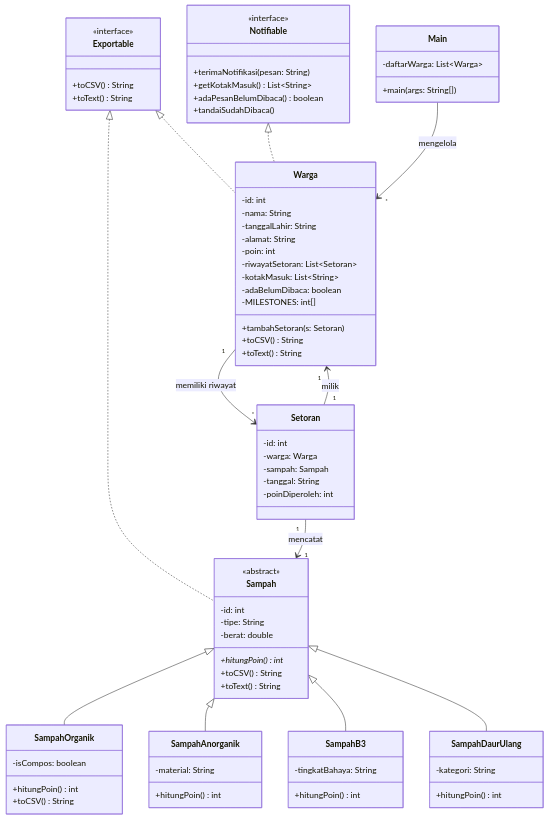
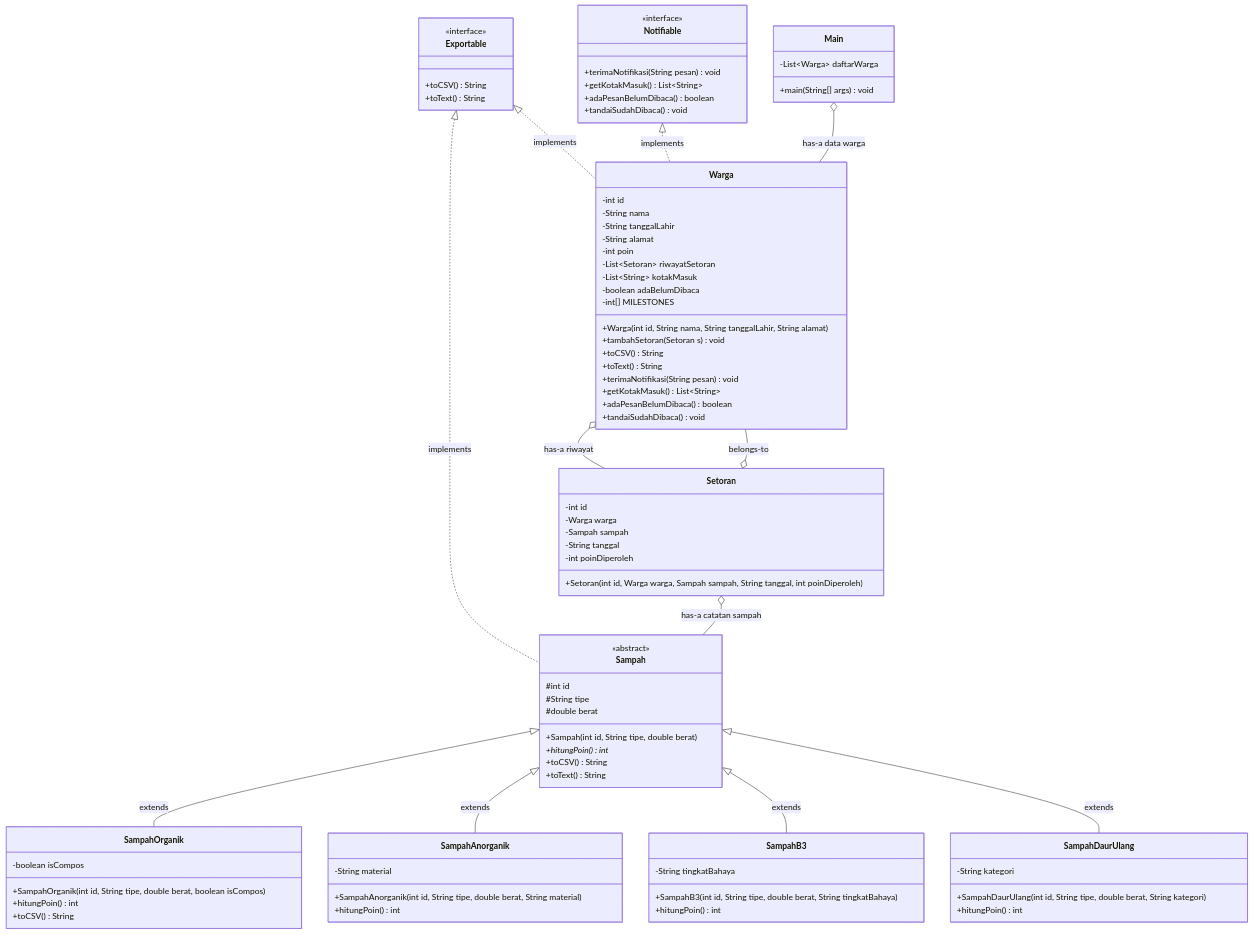
One commit to o-deraa/Strukdat-OOP-2026 changed the diagram in Tugas 2/README.md. Above: the diagram before and after it, drawn with Mermaid.

````diff
--- a/Tugas 2/README.md
+++ b/Tugas 2/README.md
@@ -13,5 +13,6 @@
 ```mermaid
 classDiagram
+    %% Bagian Interface dan Implementasinya (Behavior Export & Notifikasi)
     class Exportable {
         <<interface>>
         +toCSV() String
@@ -20,81 +21,99 @@
     
     class Notifiable {
         <<interface>>
-        +terimaNotifikasi(pesan: String)
+        +terimaNotifikasi(String pesan) void
         +getKotakMasuk() List~String~
         +adaPesanBelumDibaca() boolean
-        +tandaiSudahDibaca()
+        +tandaiSudahDibaca() void
     }
-    
+
+    %% Bagian Abstract Class dan Subclass (Kategori Sampah)
     class Sampah {
         <<abstract>>
-        -id: int
-        -tipe: String
-        -berat: double
+        #int id
+        #String tipe
+        #double berat
+        +Sampah(int id, String tipe, double berat)
         +hitungPoin()* int
         +toCSV() String
         +toText() String
     }
     
     class SampahOrganik {
-        -isCompos: boolean
+        -boolean isCompos
+        +SampahOrganik(int id, String tipe, double berat, boolean isCompos)
         +hitungPoin() int
         +toCSV() String
     }
     
     class SampahAnorganik {
-        -material: String
+        -String material
+        +SampahAnorganik(int id, String tipe, double berat, String material)
         +hitungPoin() int
     }
     
     class SampahB3 {
-        -tingkatBahaya: String
+        -String tingkatBahaya
+        +SampahB3(int id, String tipe, double berat, String tingkatBahaya)
         +hitungPoin() int
     }
     
     class SampahDaurUlang {
-        -kategori: String
+        -String kategori
+        +SampahDaurUlang(int id, String tipe, double berat, String kategori)
         +hitungPoin() int
     }
-    
+
+    %% Bagian Class Utama (Entitas Sistem)
     class Warga {
-        -id: int
-        -nama: String
-        -tanggalLahir: String
-        -alamat: String
-        -poin: int
-        -riwayatSetoran: List~Setoran~
-        -kotakMasuk: List~String~
-        -adaBelumDibaca: boolean
-        -MILESTONES: int[]
-        +tambahSetoran(s: Setoran)
+        -int id
+        -String nama
+        -String tanggalLahir
+        -String alamat
+        -int poin
+        -List~Setoran~ riwayatSetoran
+        -List~String~ kotakMasuk
+        -boolean adaBelumDibaca
+        -int[] MILESTONES
+        +Warga(int id, String nama, String tanggalLahir, String alamat)
+        +tambahSetoran(Setoran s) void
         +toCSV() String
         +toText() String
+        +terimaNotifikasi(String pesan) void
+        +getKotakMasuk() List~String~
+        +adaPesanBelumDibaca() boolean
+        +tandaiSudahDibaca() void
     }
     
     class Setoran {
-        -id: int
-        -warga: Warga
-        -sampah: Sampah
-        -tanggal: String
-        -poinDiperoleh: int
+        -int id
+        -Warga warga
+        -Sampah sampah
+        -String tanggal
+        -int poinDiperoleh
+        +Setoran(int id, Warga warga, Sampah sampah, String tanggal, int poinDiperoleh)
     }
     
     class Main {
-        -daftarWarga: List~Warga~
-        +main(args: String[])
+        -List~Warga~ daftarWarga
+        +main(String[] args) void
     }
 
-    Exportable <|.. Sampah
-    Exportable <|.. Warga
-    Notifiable <|.. Warga
-    Sampah <|-- SampahOrganik
-    Sampah <|-- SampahAnorganik
-    Sampah <|-- SampahB3
-    Sampah <|-- SampahDaurUlang
-    Warga "1" --> "*" Setoran : memiliki riwayat
-    Setoran "1" --> "1" Warga : milik
-    Setoran "1" --> "1" Sampah : mencatat
-    Main --> "*" Warga : mengelola
+    %% Relasi Realization/Implementation (Interfaces)
+    Exportable <|.. Sampah : implements
+    Exportable <|.. Warga : implements
+    Notifiable <|.. Warga : implements
+
+    %% Relasi Generalization/Inheritance (Garis tegas dengan panah kosong)
+    Sampah <|-- SampahOrganik : extends
+    Sampah <|-- SampahAnorganik : extends
+    Sampah <|-- SampahB3 : extends
+    Sampah <|-- SampahDaurUlang : extends
+
+    %% Relasi Aggregation/Association (Behavior & Kepemilikan)
+    Warga o-- Setoran : has-a riwayat
+    Setoran o-- Warga : belongs-to
+    Setoran o-- Sampah : has-a catatan sampah
+    Main o-- Warga : has-a data warga
 
 ```
````
